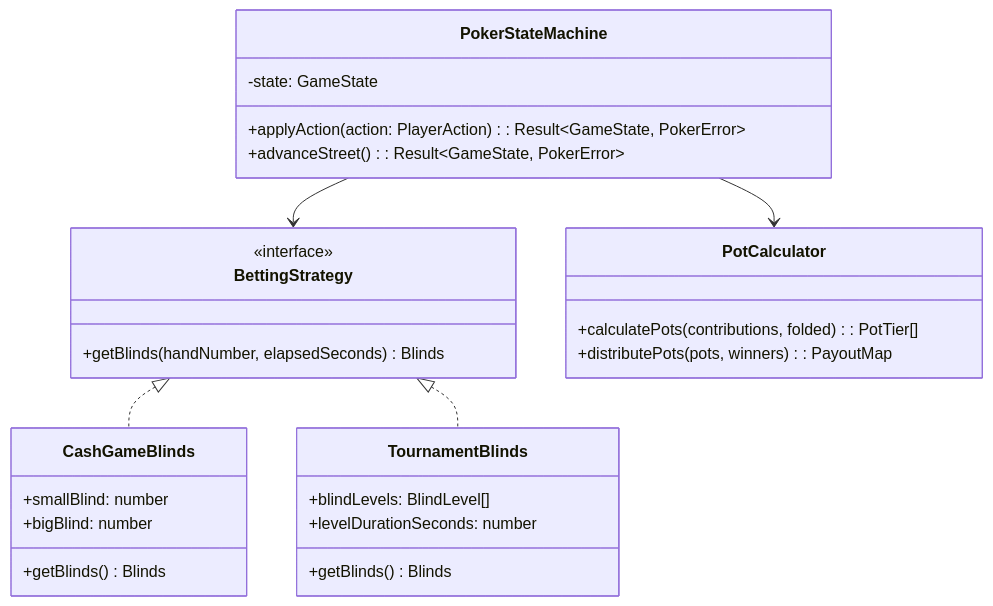
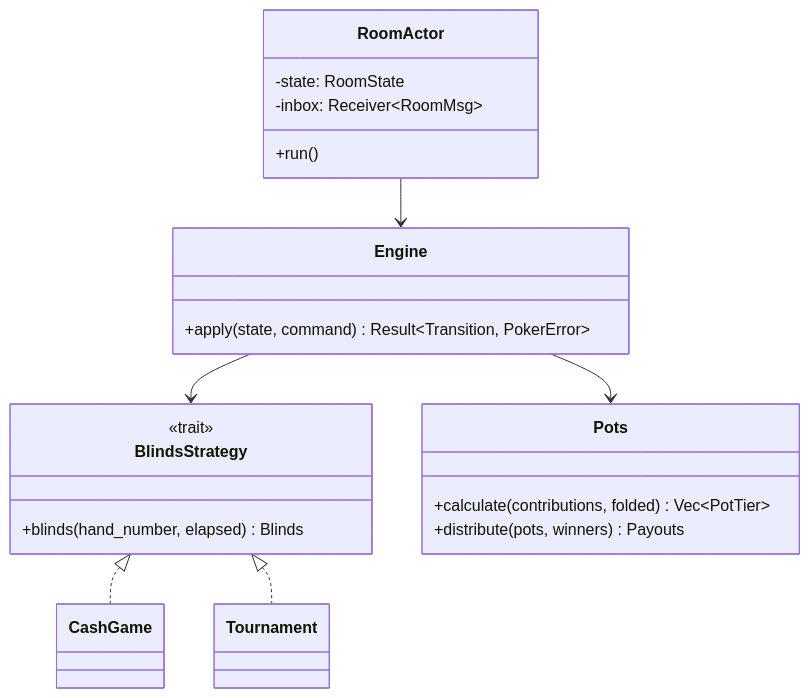
One commit to DimathJayasinghe/poker-credits changed the first of 2 diagrams in docs/CODING_STANDARDS.md. Above: the diagram before and after it, drawn with Mermaid. The commit also changed other lines of this file and 12 other files, not shown here.

````diff
--- a/docs/CODING_STANDARDS.md
+++ b/docs/CODING_STANDARDS.md
@@ -23,31 +22,28 @@
 ```mermaid
 classDiagram
-    class BettingStrategy {
-        <<interface>>
-        +getBlinds(handNumber, elapsedSeconds) Blinds
+    class BlindsStrategy {
+        <<trait>>
+        +blinds(hand_number, elapsed) Blinds
     }
-    class CashGameBlinds {
-        +smallBlind: number
-        +bigBlind: number
-        +getBlinds() Blinds
+    class CashGame
+    class Tournament
+    BlindsStrategy <|.. CashGame
+    BlindsStrategy <|.. Tournament
+
+    class Engine {
+        +apply(state, command) Result~Transition, PokerError~
     }
-    class TournamentBlinds {
-        +blindLevels: BlindLevel[]
-        +levelDurationSeconds: number
-        +getBlinds() Blinds
+    class Pots {
+        +calculate(contributions, folded) Vec~PotTier~
+        +distribute(pots, winners) Payouts
     }
-    BettingStrategy <|.. CashGameBlinds
-    BettingStrategy <|.. TournamentBlinds
+    Engine --> Pots
+    Engine --> BlindsStrategy
 
-    class PokerStateMachine {
-        -state: GameState
-        +applyAction(action: PlayerAction): Result~GameState, PokerError~
-        +advanceStreet(): Result~GameState, PokerError~
+    class RoomActor {
+        -state: RoomState
+        -inbox: Receiver~RoomMsg~
+        +run()
     }
-    class PotCalculator {
-        +calculatePots(contributions, folded): PotTier[]
-        +distributePots(pots, winners): PayoutMap
-    }
-    PokerStateMachine --> PotCalculator
-    PokerStateMachine --> BettingStrategy
+    RoomActor --> Engine
 ```
````
